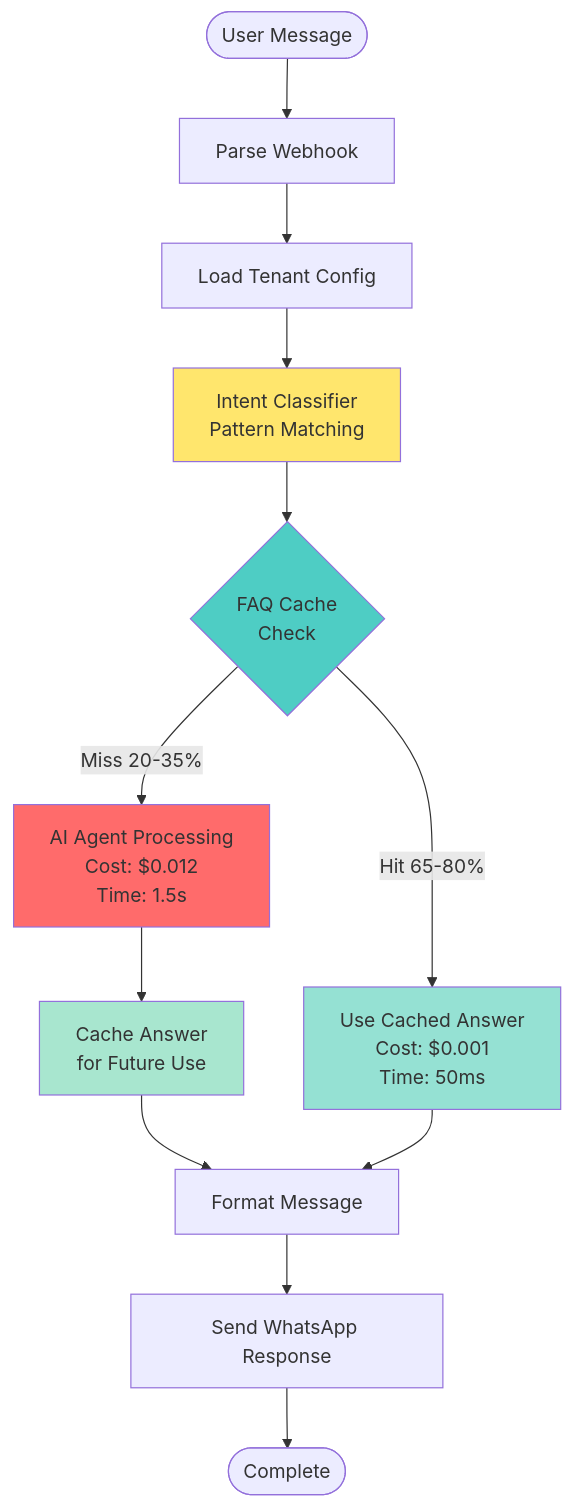
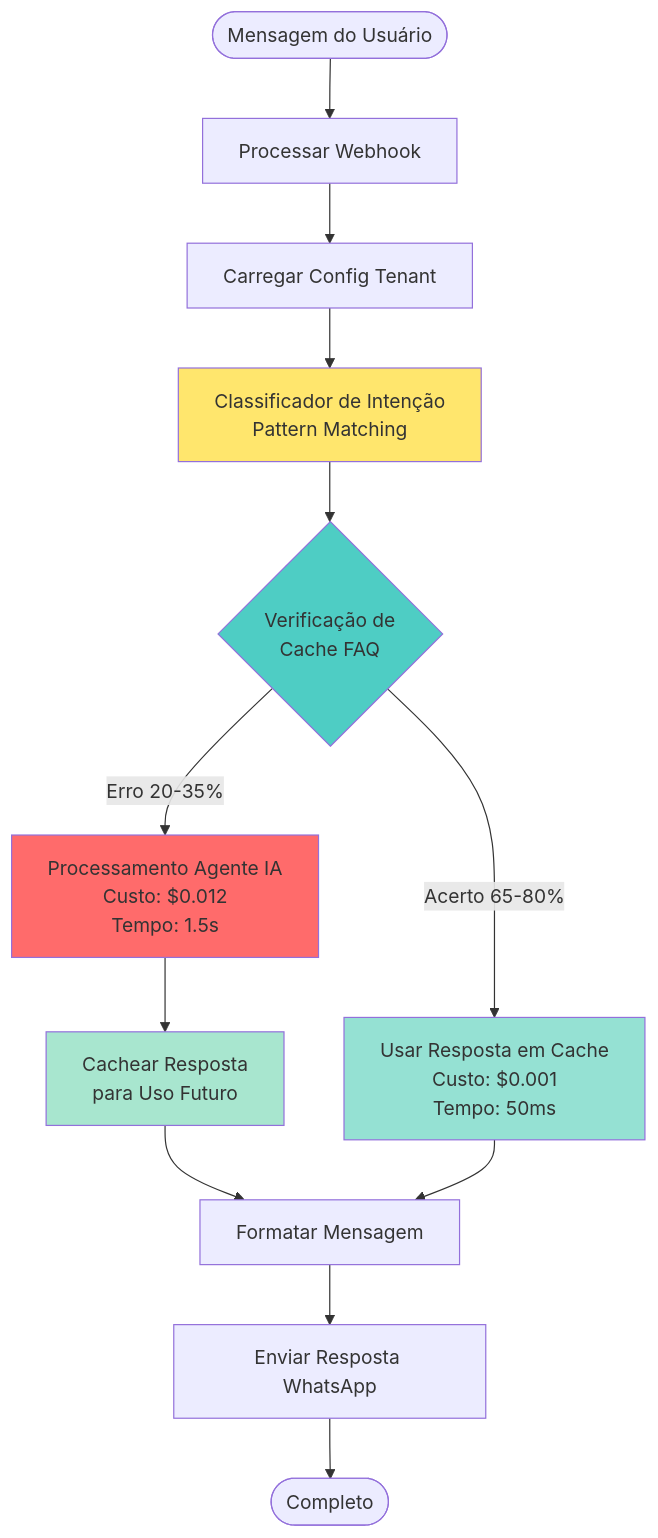
The fifth of 10 diagrams in docs/ARCHITECTURE.md (RenanLisboa8/n8n-clinic-multiagent), drawn with Mermaid before and after one commit. The commit also changed other lines of this file and 3 other files, not shown here.

First line of the commit message:
Translate architecture and deployment documentation to Portuguese

````diff
--- a/docs/ARCHITECTURE.md
+++ b/docs/ARCHITECTURE.md
@@ -242,24 +242,24 @@
 ```mermaid
 flowchart TD
-    START([User Message]) --> PARSE[Parse Webhook]
-    PARSE --> LOAD[Load Tenant Config]
-    LOAD --> INTENT[Intent Classifier<br/>Pattern Matching]
+    START([Mensagem do Usuário]) --> PARSE[Processar Webhook]
+    PARSE --> LOAD[Carregar Config Tenant]
+    LOAD --> INTENT[Classificador de Intenção<br/>Pattern Matching]
     
-    INTENT --> CACHE{FAQ Cache<br/>Check}
+    INTENT --> CACHE{Verificação de<br/>Cache FAQ}
     
-    CACHE -->|Hit 65-80%| CACHED[Use Cached Answer<br/>Cost: $0.001<br/>Time: 50ms]
-    CACHE -->|Miss 20-35%| AI[AI Agent Processing<br/>Cost: $0.012<br/>Time: 1.5s]
+    CACHE -->|Acerto 65-80%| CACHED[Usar Resposta em Cache<br/>Custo: $0.001<br/>Tempo: 50ms]
+    CACHE -->|Erro 20-35%| AI[Processamento Agente IA<br/>Custo: $0.012<br/>Tempo: 1.5s]
     
-    AI --> LEARN[Cache Answer<br/>for Future Use]
-    LEARN --> FORMAT[Format Message]
+    AI --> LEARN[Cachear Resposta<br/>para Uso Futuro]
+    LEARN --> FORMAT[Formatar Mensagem]
     CACHED --> FORMAT
     
-    FORMAT --> SEND[Send WhatsApp Response]
-    SEND --> END([Complete])
+    FORMAT --> SEND[Enviar Resposta WhatsApp]
+    SEND --> END([Completo])
     
     style INTENT fill:#ffe66d
     style CACHE fill:#4ecdc4
     style CACHED fill:#95e1d3
     style AI fill:#ff6b6b
     style LEARN fill:#a8e6cf
 ```
````
